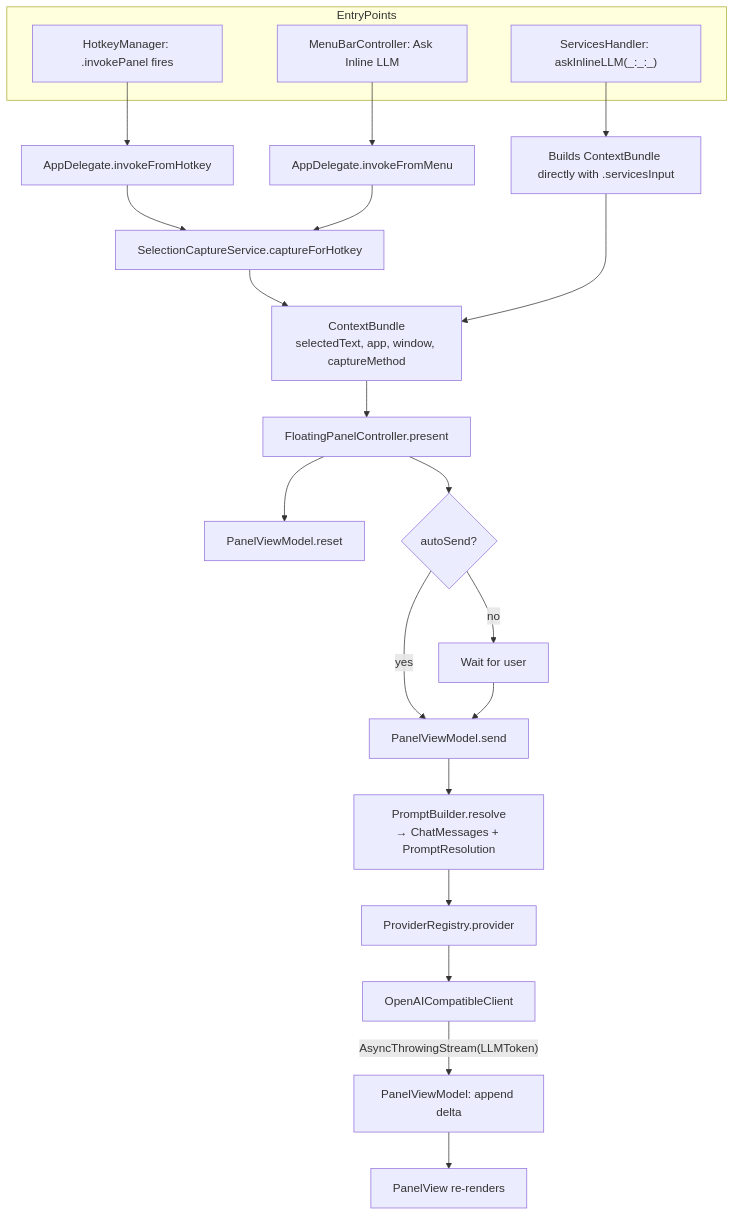
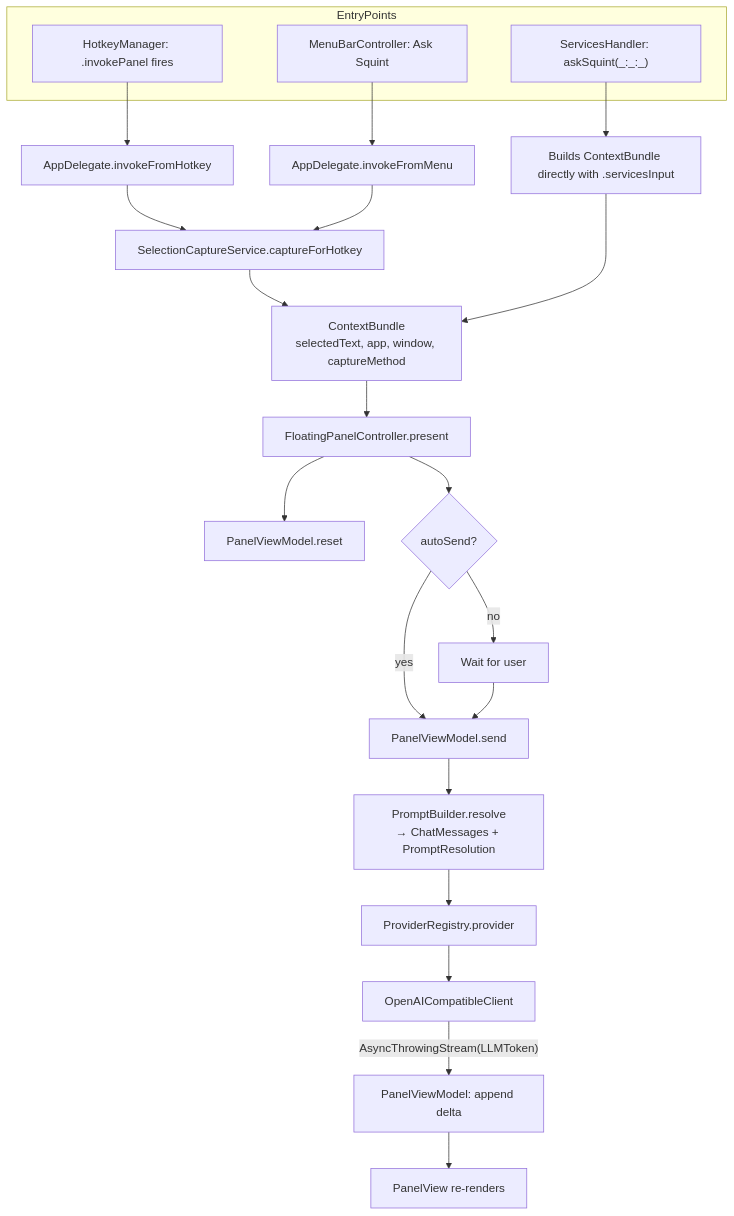
One commit to ZsoltTanko/squint changed the diagram in docs/ARCHITECTURE.md. Above: the diagram before and after it, drawn with Mermaid. The commit also changed other lines of this file and 85 other files, not shown here.

````diff
--- a/docs/ARCHITECTURE.md
+++ b/docs/ARCHITECTURE.md
@@ -37,31 +37,31 @@
 ```mermaid
 flowchart TD
   subgraph EntryPoints
     HK[HotkeyManager: .invokePanel fires]
-    SV["ServicesHandler: askInlineLLM(_:_:_)"]
-    MB[MenuBarController: Ask Inline LLM]
+    SV["ServicesHandler: askSquint(_:_:_)"]
+    MB[MenuBarController: Ask Squint]
   end
 
   HK --> AD1[AppDelegate.invokeFromHotkey]
   MB --> AD2[AppDelegate.invokeFromMenu]
   SV --> Direct[Builds ContextBundle directly with .servicesInput]
 
   AD1 --> Cap[SelectionCaptureService.captureForHotkey]
   AD2 --> Cap
 
   Cap --> Bundle["ContextBundle\nselectedText, app, window, captureMethod"]
   Direct --> Bundle
 
   Bundle --> Pres[FloatingPanelController.present]
   Pres --> VMReset[PanelViewModel.reset]
   Pres --> AutoSend{autoSend?}
   AutoSend -->|yes| Send[PanelViewModel.send]
   AutoSend -->|no| Wait[Wait for user]
   Wait --> Send
 
   Send --> Build["PromptBuilder.resolve\n→ ChatMessages + PromptResolution"]
   Build --> Reg[ProviderRegistry.provider]
   Reg --> Cli[OpenAICompatibleClient]
   Cli -->|"AsyncThrowingStream(LLMToken)"| VM2[PanelViewModel: append delta]
   VM2 --> View[PanelView re-renders]
 ```
````
